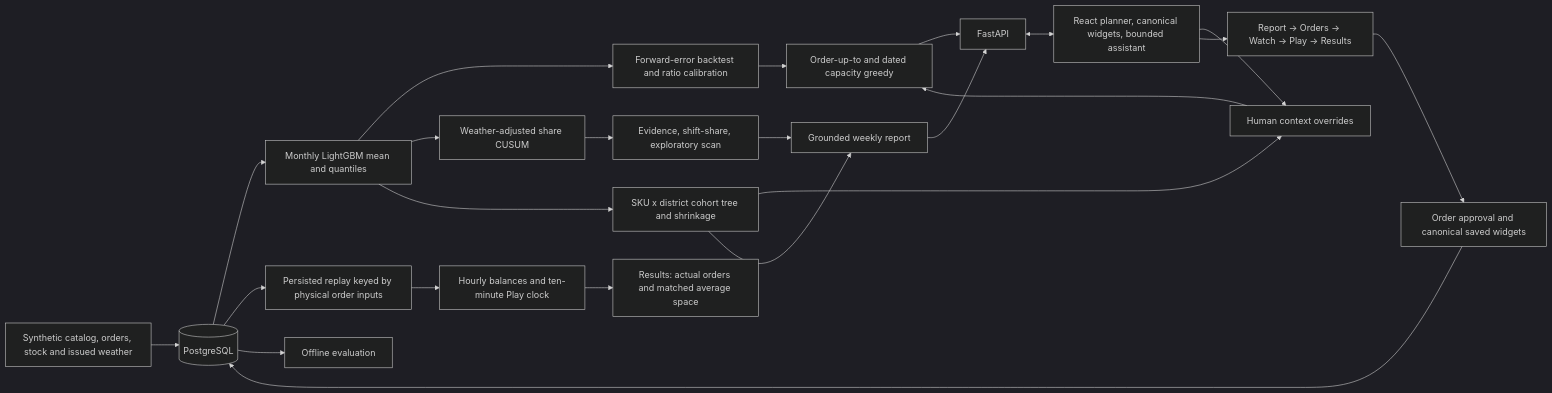
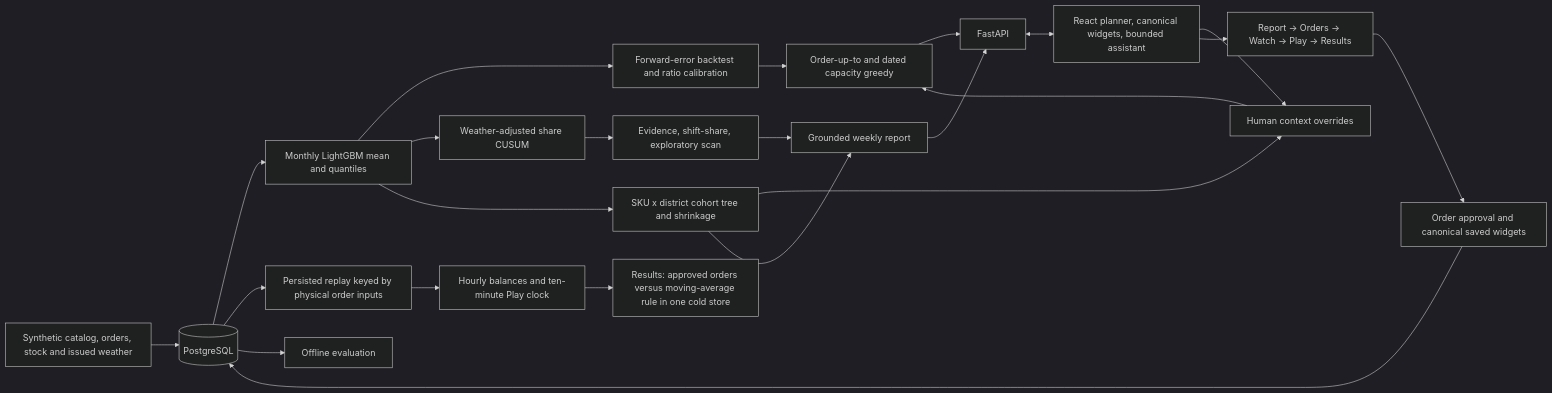
One commit to Hcrab/scoop-clc2026 changed the diagram in docs/TECHNICAL_DESIGN.md. Above: the diagram before and after it, drawn with Mermaid (dark theme). The commit also changed other lines of this file and 37 other files, not shown here.

````diff
--- a/docs/TECHNICAL_DESIGN.md
+++ b/docs/TECHNICAL_DESIGN.md
@@ -25,25 +25,25 @@
 ```mermaid
 flowchart LR
     S[Synthetic catalog, orders, stock and issued weather] --> D[(PostgreSQL)]
     D --> F[Monthly LightGBM mean and quantiles]
     F --> B[Forward-error backtest and ratio calibration]
     F --> C[Weather-adjusted share CUSUM]
     C --> I[Evidence, shift-share, exploratory scan]
     F --> T[SKU x district cohort tree and shrinkage]
     T --> O[Human context overrides]
     B --> R[Order-up-to and dated capacity greedy]
     O --> R
     I --> P[Grounded weekly report]
     T --> P
     U --> O
     R --> A[FastAPI]
     P --> A
     A <--> U[React planner, canonical widgets, bounded assistant]
     U --> Q[Report → Orders → Watch → Play → Results]
     Q --> V[Order approval and canonical saved widgets]
     V --> D
     D --> J[Persisted replay keyed by physical order inputs]
     J --> H[Hourly balances and ten-minute Play clock]
-    H --> X[Results: actual orders and matched average space]
+    H --> X[Results: approved orders versus moving-average rule in one cold store]
     D --> E[Offline evaluation]
 ```
````
